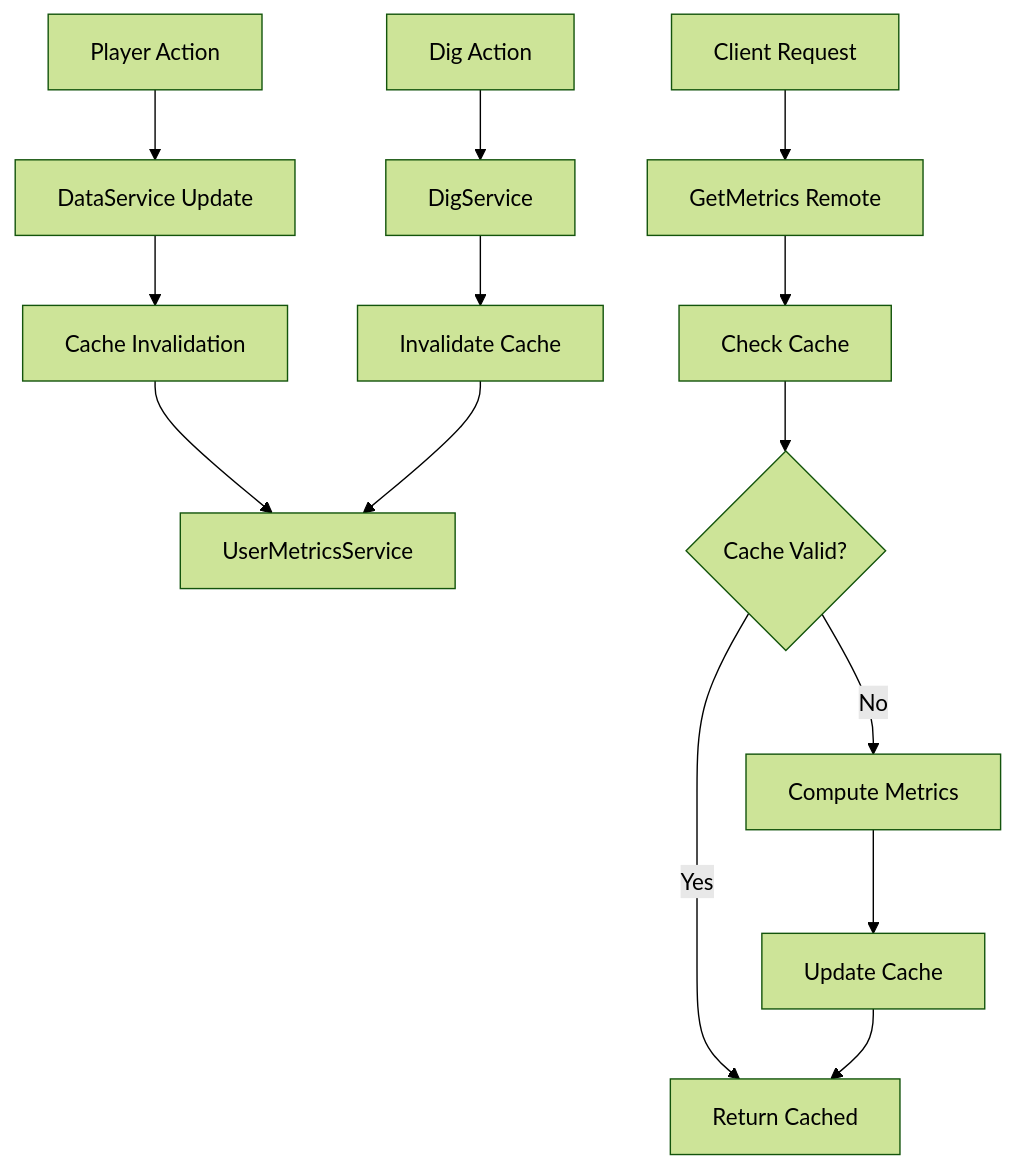
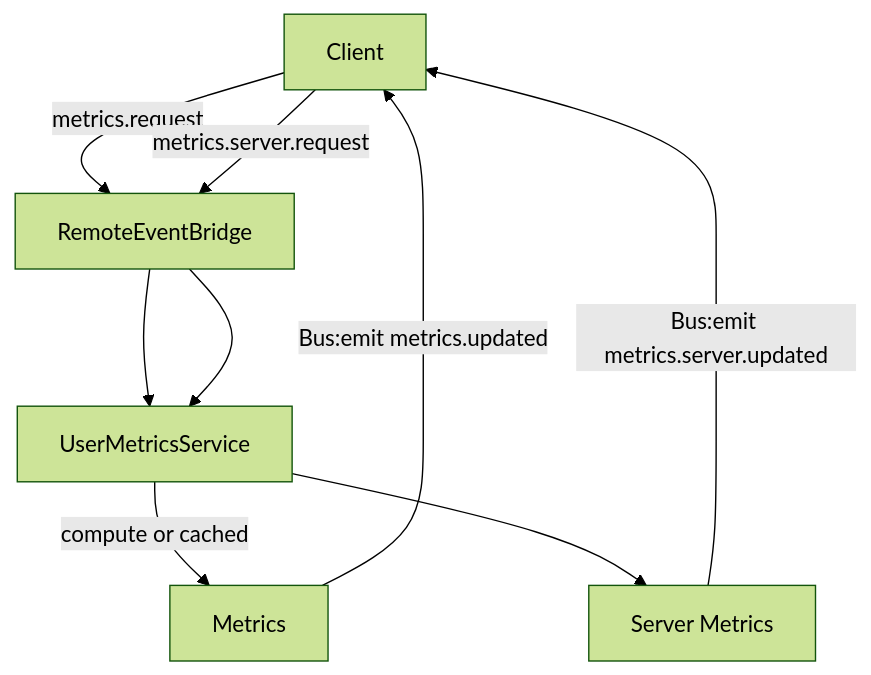
The diagram in docs/METRICS_SYSTEM.md (wagner-austin/mining-game), drawn with Mermaid (forest theme) before and after one commit. The commit also changed other lines of this file and 24 other files, not shown here.

Commit message:
Fix MetricsTab server values on reopen; normalize panel reveal baseline; convert RemoteEventBridge to ModuleScript and fix require path

````diff
--- a/docs/METRICS_SYSTEM.md
+++ b/docs/METRICS_SYSTEM.md
@@ -41,18 +23,12 @@
 ```mermaid
 graph TD
-    A[Player Action] --> B[DataService Update]
-    B --> C[Cache Invalidation]
-    C --> D[UserMetricsService]
-    
-    E[Client Request] --> F[GetMetrics Remote]
-    F --> G[Check Cache]
-    G --> H{Cache Valid?}
-    H -->|Yes| I[Return Cached]
-    H -->|No| J[Compute Metrics]
-    J --> K[Update Cache]
-    K --> I
-    
-    L[Dig Action] --> M[DigService]
-    M --> N[Invalidate Cache]
-    N --> D
+    A[Client] -->|metrics.request| B[RemoteEventBridge]
+    B --> C[UserMetricsService]
+    C -->|compute or cached| D[Metrics]
+    D -->|Bus:emit metrics.updated| A
+
+    A -->|metrics.server.request| B
+    B --> C
+    C --> E[Server Metrics]
+    E -->|Bus:emit metrics.server.updated| A
 ```
````
